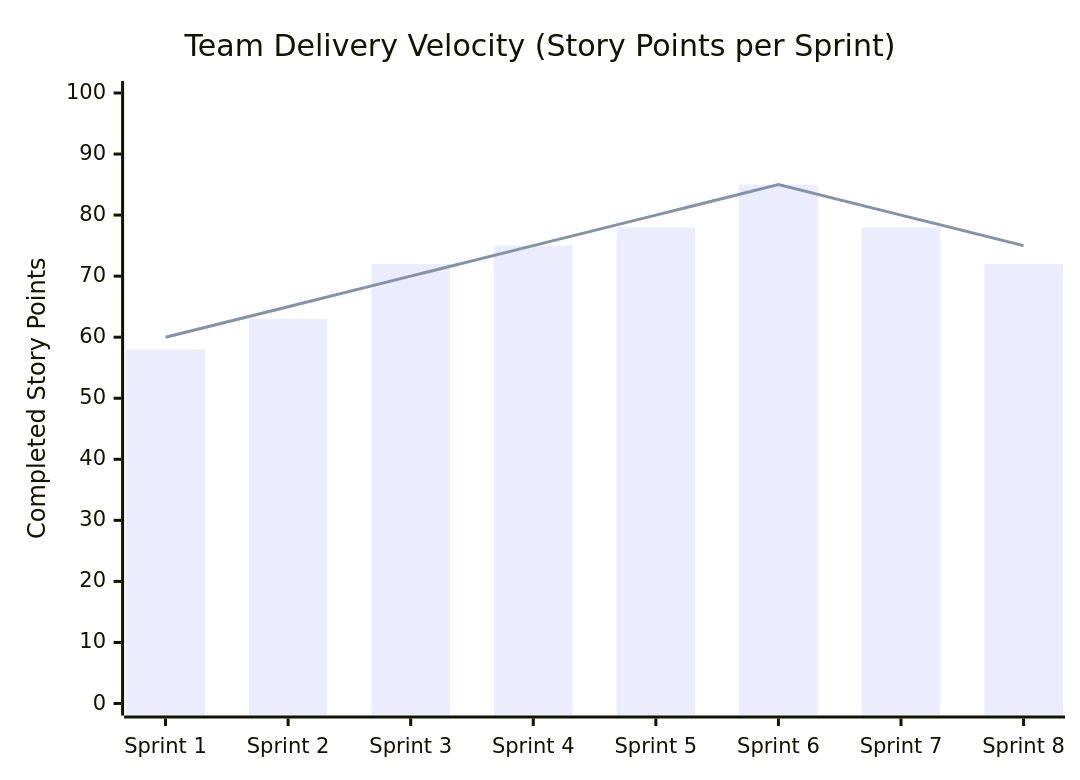
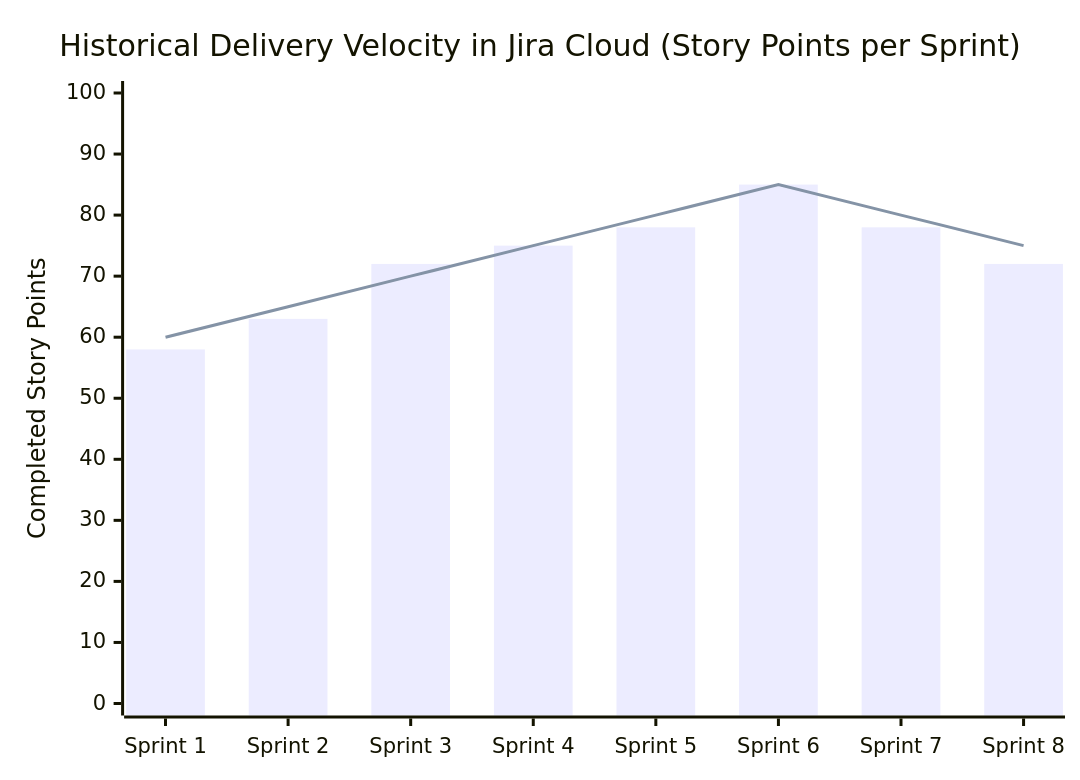
The diagram in 3_DOCUMENTO_MEDICIONES_AG_EN.md (jojiz29/sportmatch-connect), drawn with Mermaid before and after one commit. The commit also changed other lines of this file and 9 other files, not shown here.

````diff
--- a/3_DOCUMENTO_MEDICIONES_AG_EN.md
+++ b/3_DOCUMENTO_MEDICIONES_AG_EN.md
@@ -34,8 +46,8 @@
 ```mermaid
 xychart-beta
-    title "Team Delivery Velocity (Story Points per Sprint)"
+    title "Historical Delivery Velocity in Jira Cloud (Story Points per Sprint)"
     x-axis ["Sprint 1", "Sprint 2", "Sprint 3", "Sprint 4", "Sprint 5", "Sprint 6", "Sprint 7", "Sprint 8"]
     y-axis "Completed Story Points" 0 --> 100
     bar [58, 63, 72, 75, 78, 85, 78, 72]
     line [60, 65, 70, 75, 80, 85, 80, 75]
 ```
````
